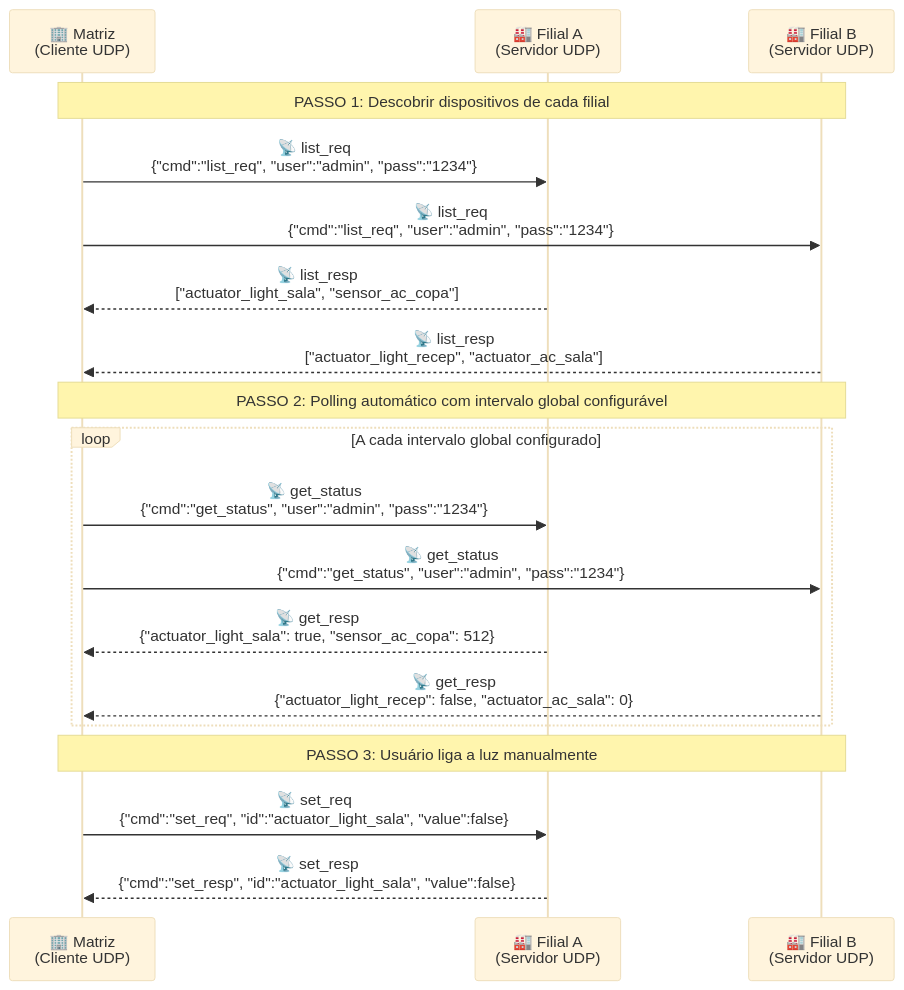
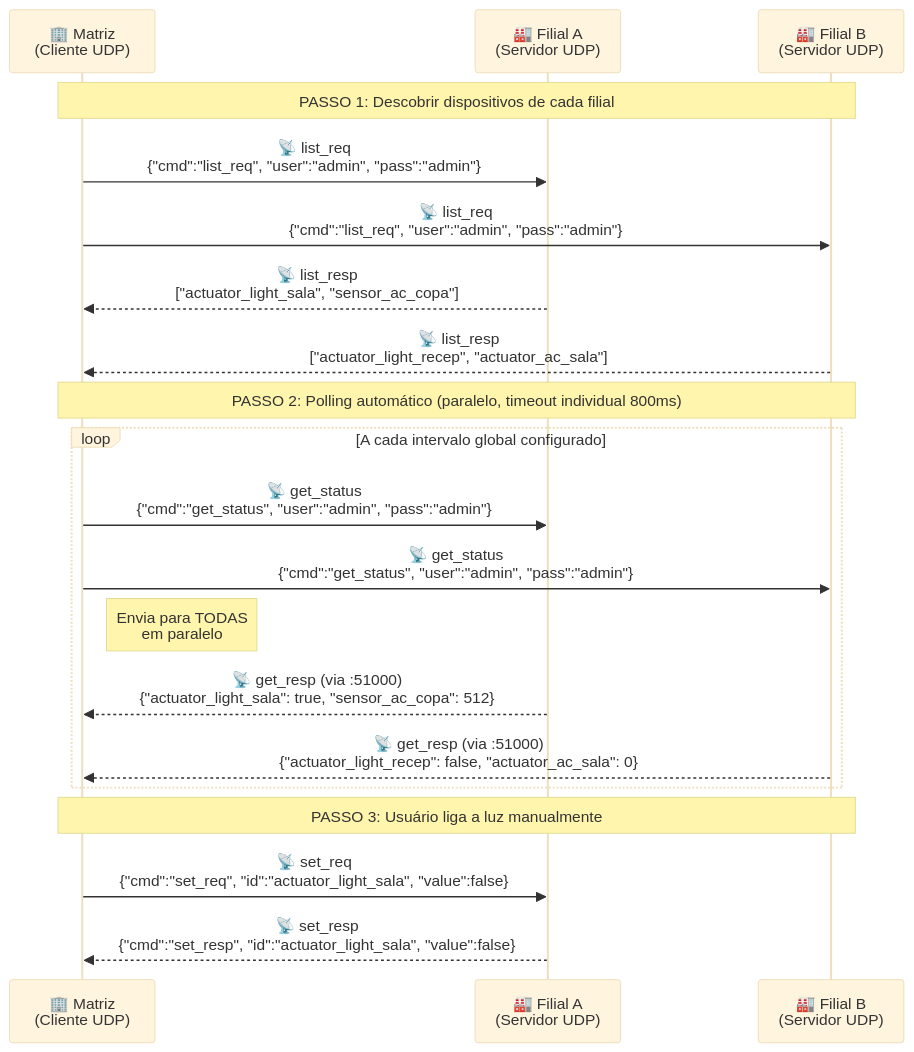
Before and after one commit to gugacarbo/UDP-IOT-Redes-AV3-3: the third of 16 diagrams in docs/02-arquitetura.md, drawn with Mermaid (base theme). The commit also changed other lines of this file and 112 other files, not shown here.

````diff
--- a/docs/02-arquitetura.md
+++ b/docs/02-arquitetura.md
@@ -216,26 +216,27 @@
 ```mermaid
 sequenceDiagram
     participant M as 🏢 Matriz<br/>(Cliente UDP)
     participant FA as 🏭 Filial A<br/>(Servidor UDP)
     participant FB as 🏭 Filial B<br/>(Servidor UDP)
 
     Note over M,FB: PASSO 1: Descobrir dispositivos de cada filial
-    M->>FA: 📡 list_req<br/>{"cmd":"list_req", "user":"admin", "pass":"1234"}
-    M->>FB: 📡 list_req<br/>{"cmd":"list_req", "user":"admin", "pass":"1234"}
+    M->>FA: 📡 list_req<br/>{"cmd":"list_req", "user":"admin", "pass":"admin"}
+    M->>FB: 📡 list_req<br/>{"cmd":"list_req", "user":"admin", "pass":"admin"}
 
     FA-->>M: 📡 list_resp<br/>["actuator_light_sala", "sensor_ac_copa"]
     FB-->>M: 📡 list_resp<br/>["actuator_light_recep", "actuator_ac_sala"]
 
-    Note over M,FB: PASSO 2: Polling automático com intervalo global configurável
+    Note over M,FB: PASSO 2: Polling automático (paralelo, timeout individual 800ms)
     loop A cada intervalo global configurado
-        M->>FA: 📡 get_status<br/>{"cmd":"get_status", "user":"admin", "pass":"1234"}
-        M->>FB: 📡 get_status<br/>{"cmd":"get_status", "user":"admin", "pass":"1234"}
+      M->>FA: 📡 get_status<br/>{"cmd":"get_status", "user":"admin", "pass":"admin"}
+      M->>FB: 📡 get_status<br/>{"cmd":"get_status", "user":"admin", "pass":"admin"}
+      Note right of M: Envia para TODAS<br/>em paralelo
 
-        FA-->>M: 📡 get_resp<br/>{"actuator_light_sala": true, "sensor_ac_copa": 512}
-        FB-->>M: 📡 get_resp<br/>{"actuator_light_recep": false, "actuator_ac_sala": 0}
+        FA-->>M: 📡 get_resp (via :51000)<br/>{"actuator_light_sala": true, "sensor_ac_copa": 512}
+        FB-->>M: 📡 get_resp (via :51000)<br/>{"actuator_light_recep": false, "actuator_ac_sala": 0}
     end
 
     Note over M,FB: PASSO 3: Usuário liga a luz manualmente
     M->>FA: 📡 set_req<br/>{"cmd":"set_req", "id":"actuator_light_sala", "value":false}
     FA-->>M: 📡 set_resp<br/>{"cmd":"set_resp", "id":"actuator_light_sala", "value":false}
 ```
````
